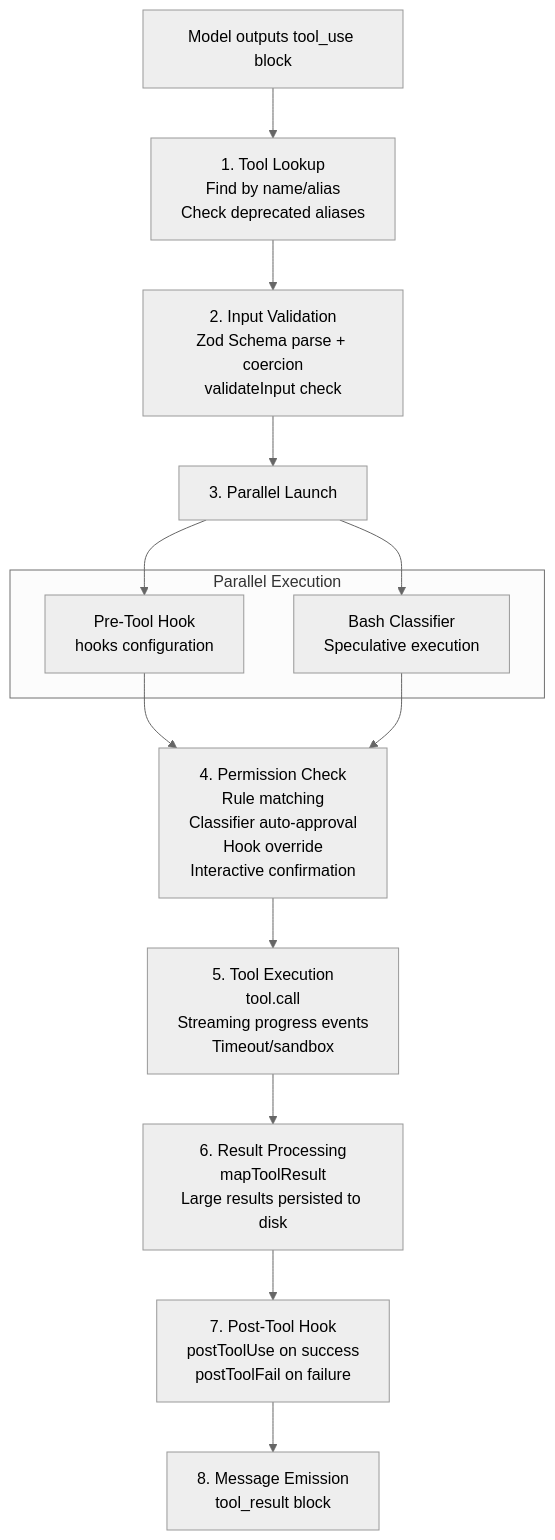
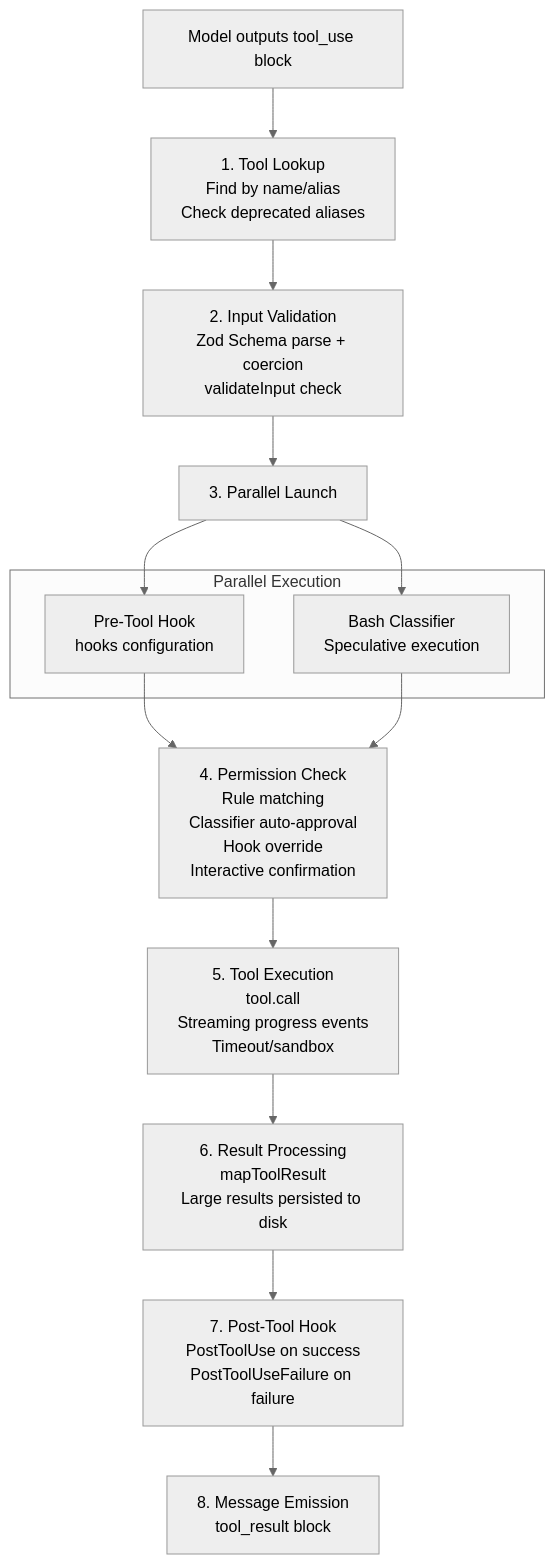
One commit to Windy3f3f3f3f/how-claude-code-works changed the second of 4 diagrams in en/docs/04-tool-system.md. Above: the diagram before and after it, drawn with Mermaid (neutral theme). The commit also changed other lines of this file and 36 other files, not shown here.

````diff
--- a/en/docs/04-tool-system.md
+++ b/en/docs/04-tool-system.md
@@ -234,21 +234,21 @@
 ```mermaid
 flowchart TD
     Input[Model outputs tool_use block] --> Find[1. Tool Lookup<br/>Find by name/alias<br/>Check deprecated aliases]
     Find --> Validate[2. Input Validation<br/>Zod Schema parse + coercion<br/>validateInput check]
     Validate --> Parallel[3. Parallel Launch]
 
     subgraph Parallel Execution
         Hook[Pre-Tool Hook<br/>hooks configuration]
         Classifier[Bash Classifier<br/>Speculative execution]
     end
 
     Parallel --> Hook
     Parallel --> Classifier
     Hook --> Perm[4. Permission Check<br/>Rule matching<br/>Classifier auto-approval<br/>Hook override<br/>Interactive confirmation]
     Classifier --> Perm
 
     Perm --> Exec[5. Tool Execution<br/>tool.call<br/>Streaming progress events<br/>Timeout/sandbox]
     Exec --> Result[6. Result Processing<br/>mapToolResult<br/>Large results persisted to disk]
-    Result --> PostHook[7. Post-Tool Hook<br/>postToolUse on success<br/>postToolFail on failure]
+    Result --> PostHook[7. Post-Tool Hook<br/>PostToolUse on success<br/>PostToolUseFailure on failure]
     PostHook --> Emit[8. Message Emission<br/>tool_result block]
 ```
````
